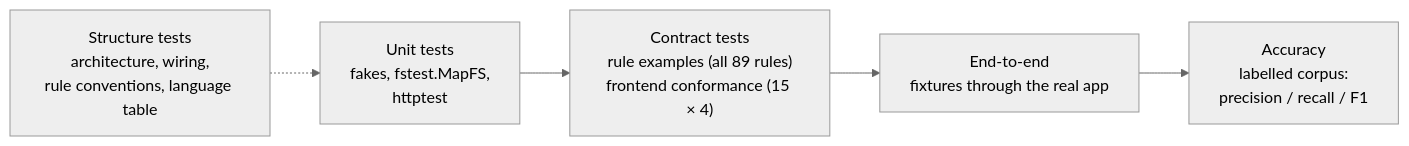
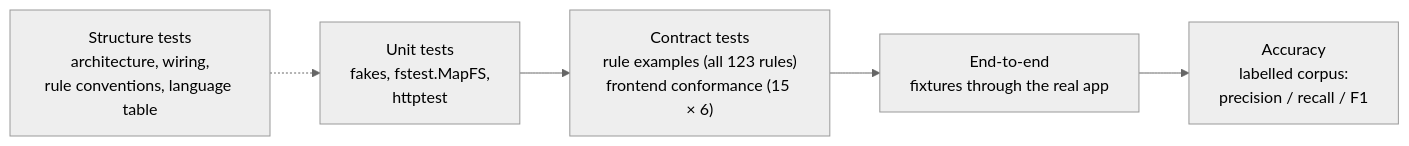
One commit to GoNetTools/datawarden changed the fifth of 5 diagrams in docs/ARCHITECTURE.md. Above: the diagram before and after it, drawn with Mermaid (neutral theme). The commit also changed other lines of this file and 15 other files, not shown here.

````diff
--- a/docs/ARCHITECTURE.md
+++ b/docs/ARCHITECTURE.md
@@ -323,7 +323,7 @@
 ```mermaid
 flowchart LR
-    U["Unit tests<br/>fakes, fstest.MapFS,<br/>httptest"] --> C["Contract tests<br/>rule examples (all 89 rules)<br/>frontend conformance (15 × 4)"]
+    U["Unit tests<br/>fakes, fstest.MapFS,<br/>httptest"] --> C["Contract tests<br/>rule examples (all 123 rules)<br/>frontend conformance (15 × 6)"]
     C --> E["End-to-end<br/>fixtures through the real app"]
     E --> A["Accuracy<br/>labelled corpus:<br/>precision / recall / F1"]
     S["Structure tests<br/>architecture, wiring,<br/>rule conventions, language table"] -.-> U
 ```
````
